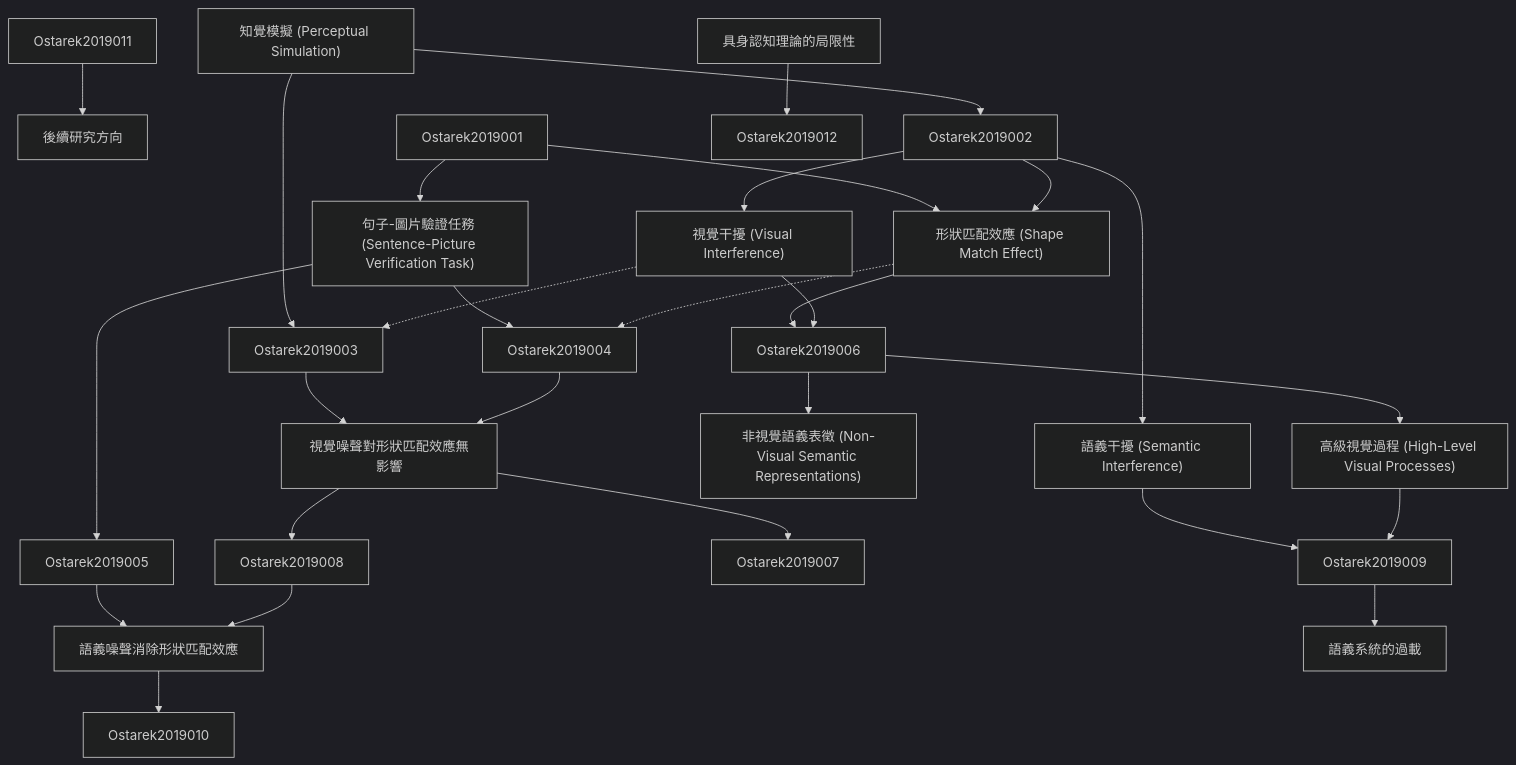
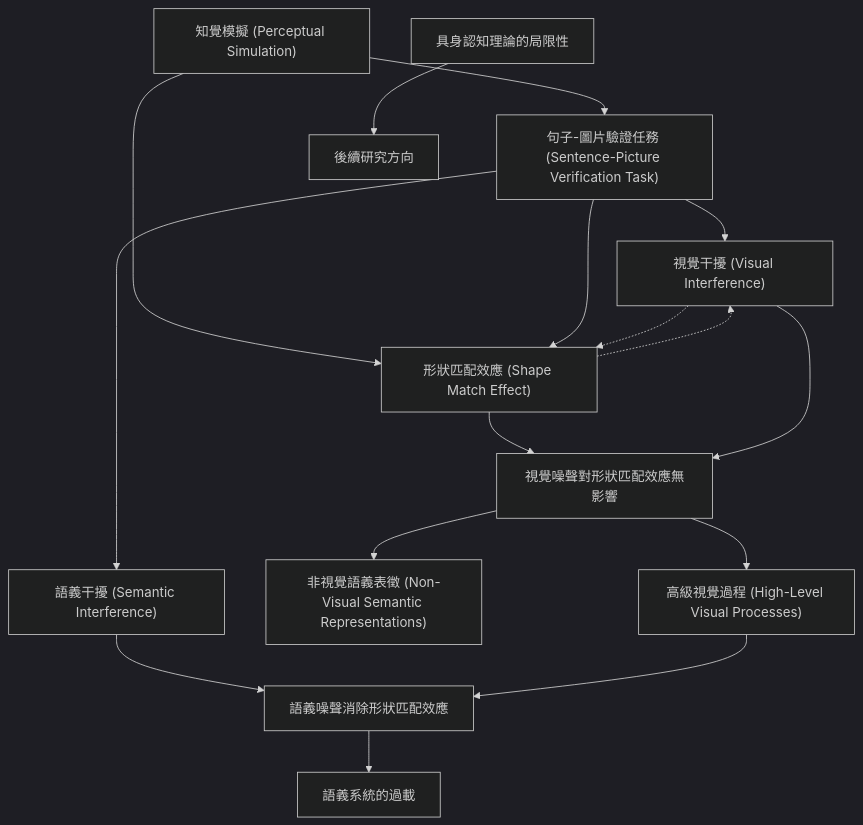
Before and after one commit to SCgeeker/Claude_Journal_Club_Agents: the diagram in output/zettelkasten_notes/zettel_Ostarek-2019_20251104/zettel_index.md, drawn with Mermaid (dark theme). The commit also changed 776 other files, not shown here.

````diff
--- a/output/zettelkasten_notes/zettel_Ostarek-2019_20251104/zettel_index.md
+++ b/output/zettelkasten_notes/zettel_Ostarek-2019_20251104/zettel_index.md
@@ -92,82 +92,64 @@
 ```mermaid
 graph TD
 
     Ostarek-2019-001["知覺模擬 (Perceptual Simulation)"]
 
     Ostarek-2019-002["句子-圖片驗證任務 (Sentence-Picture Verification Task)"]
 
     Ostarek-2019-003["形狀匹配效應 (Shape Match Effect)"]
 
     Ostarek-2019-004["視覺干擾 (Visual Interference)"]
 
     Ostarek-2019-005["語義干擾 (Semantic Interference)"]
 
     Ostarek-2019-006["視覺噪聲對形狀匹配效應無影響"]
 
     Ostarek-2019-007["非視覺語義表徵 (Non-Visual Semantic Representations)"]
 
     Ostarek-2019-008["高級視覺過程 (High-Level Visual Processes)"]
 
     Ostarek-2019-009["語義噪聲消除形狀匹配效應"]
 
     Ostarek-2019-010["語義系統的過載"]
 
     Ostarek-2019-011["具身認知理論的局限性"]
 
     Ostarek-2019-012["後續研究方向"]
 
-    Ostarek-2019-001 --> Ostarek2019002
+    Ostarek-2019-001 --> Ostarek-2019-002
 
-    Ostarek-2019-001 --> Ostarek2019003
+    Ostarek-2019-001 --> Ostarek-2019-003
 
-    Ostarek2019001 --> Ostarek-2019-002
 
-    Ostarek-2019-002 --> Ostarek2019004
+    Ostarek-2019-002 --> Ostarek-2019-004
 
-    Ostarek-2019-002 --> Ostarek2019005
+    Ostarek-2019-002 --> Ostarek-2019-005
 
-    Ostarek2019001 --> Ostarek-2019-003
 
-    Ostarek2019002 --> Ostarek-2019-003
+    Ostarek-2019-002 --> Ostarek-2019-003
 
-    Ostarek-2019-003 --> Ostarek2019006
+    Ostarek-2019-003 --> Ostarek-2019-006
 
-    Ostarek-2019-003 -.-> Ostarek2019004
+    Ostarek-2019-003 -.-> Ostarek-2019-004
 
-    Ostarek2019002 --> Ostarek-2019-004
 
-    Ostarek-2019-004 --> Ostarek2019006
+    Ostarek-2019-004 --> Ostarek-2019-006
 
-    Ostarek-2019-004 -.-> Ostarek2019003
+    Ostarek-2019-004 -.-> Ostarek-2019-003
 
-    Ostarek2019002 --> Ostarek-2019-005
 
-    Ostarek-2019-005 --> Ostarek2019009
+    Ostarek-2019-005 --> Ostarek-2019-009
 
-    Ostarek2019003 --> Ostarek-2019-006
+    Ostarek-2019-006 --> Ostarek-2019-007
 
-    Ostarek2019004 --> Ostarek-2019-006
+    Ostarek-2019-006 --> Ostarek-2019-008
 
-    Ostarek-2019-006 --> Ostarek2019007
+    Ostarek-2019-008 --> Ostarek-2019-009
 
-    Ostarek-2019-006 --> Ostarek2019008
+    Ostarek-2019-009 --> Ostarek-2019-010
 
-    Ostarek2019006 --> Ostarek-2019-007
 
-    Ostarek2019006 --> Ostarek-2019-008
+    Ostarek-2019-011 --> Ostarek-2019-012
 
-    Ostarek-2019-008 --> Ostarek2019009
-
-    Ostarek2019005 --> Ostarek-2019-009
-
-    Ostarek2019008 --> Ostarek-2019-009
-
-    Ostarek-2019-009 --> Ostarek2019010
-
-    Ostarek2019009 --> Ostarek-2019-010
-
-    Ostarek-2019-011 --> Ostarek2019012
-
-    Ostarek2019011 --> Ostarek-2019-012
 
 ```
````
